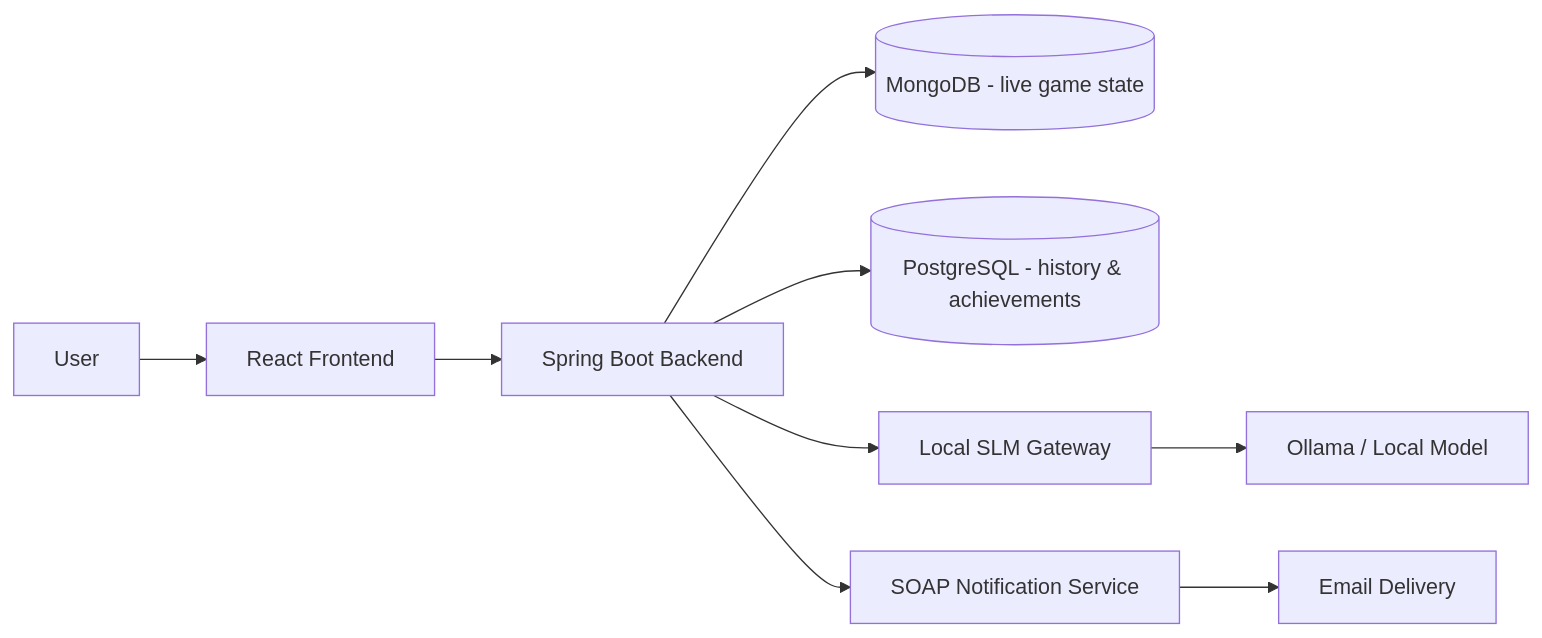
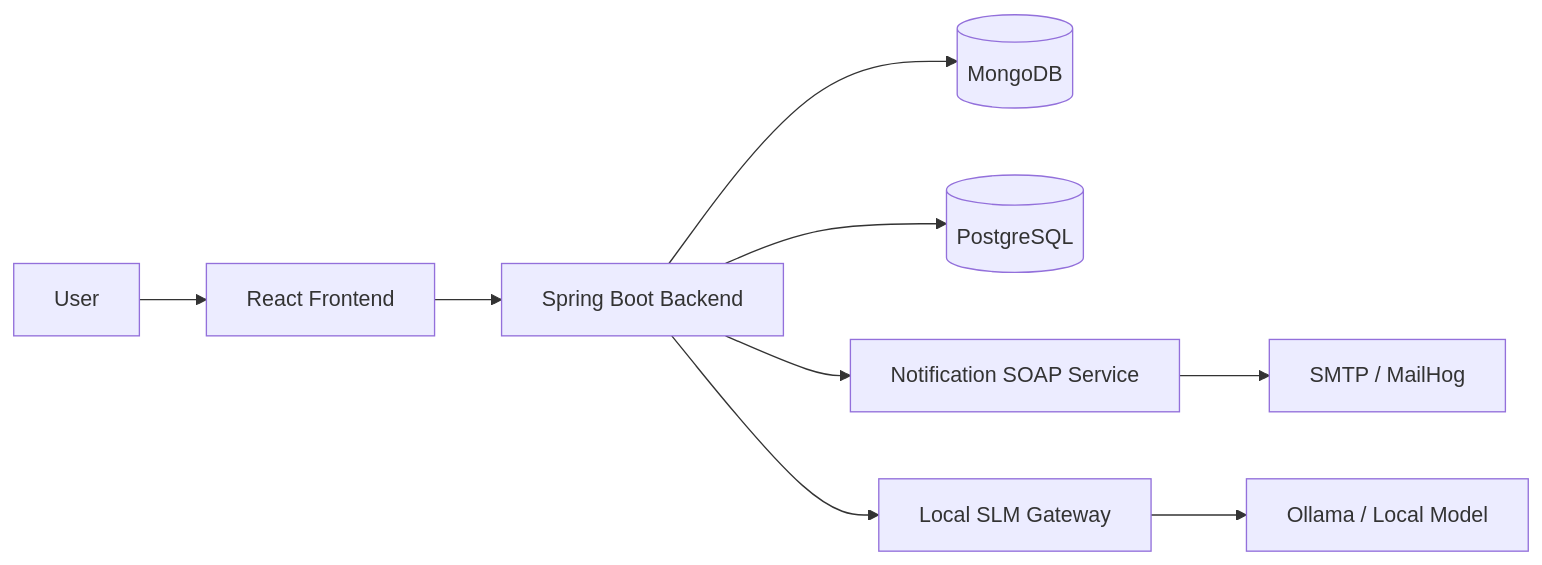
One commit to schenk98/small_projects changed the diagram in poe-pet-app/README.md. Above: the diagram before and after it, drawn with Mermaid. The commit also changed other lines of this file and 202 other files, not shown here.

````diff
--- a/poe-pet-app/README.md
+++ b/poe-pet-app/README.md
@@ -144,11 +157,11 @@
 ```mermaid
 flowchart LR
     U[User] --> FE[React Frontend]
     FE --> BE[Spring Boot Backend]
-    BE --> MG[(MongoDB - live game state)]
-    BE --> PG[(PostgreSQL - history & achievements)]
+    BE --> MG[(MongoDB)]
+    BE --> PG[(PostgreSQL)]
+    BE --> SOAP[Notification SOAP Service]
+    SOAP --> MAIL[SMTP / MailHog]
     BE --> AI[Local SLM Gateway]
     AI --> OLL[Ollama / Local Model]
-    BE --> SOAP[SOAP Notification Service]
-    SOAP --> MAIL[Email Delivery]
 ```
````
